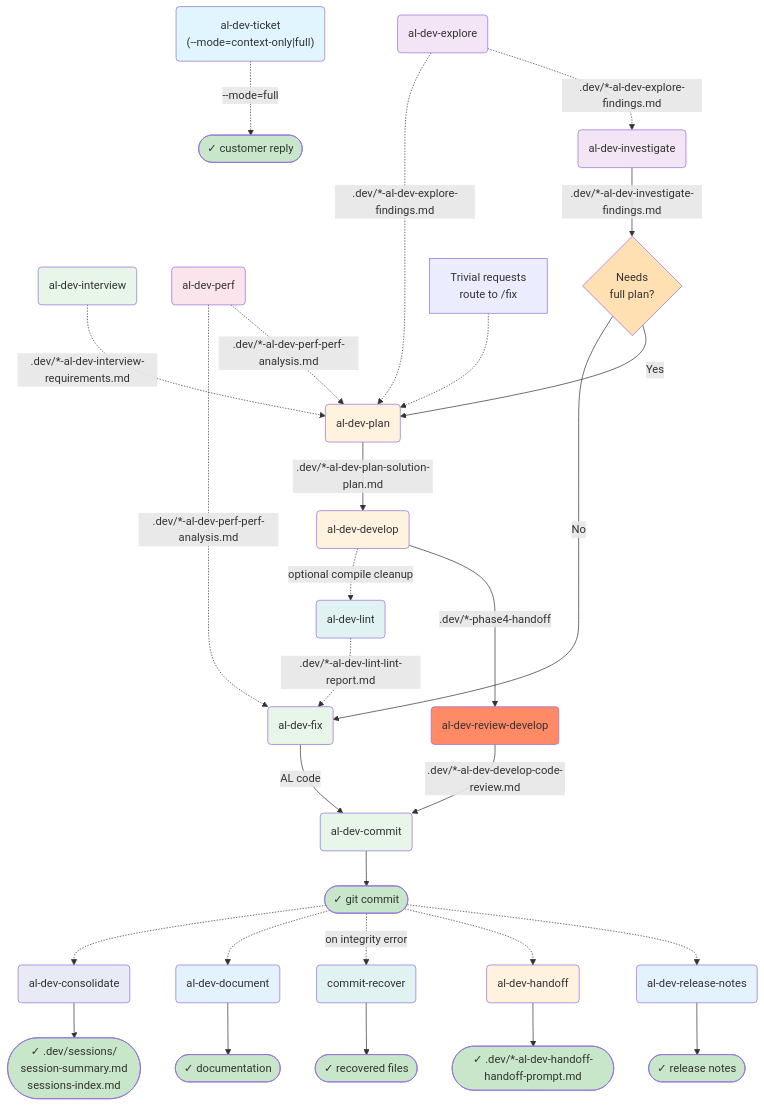
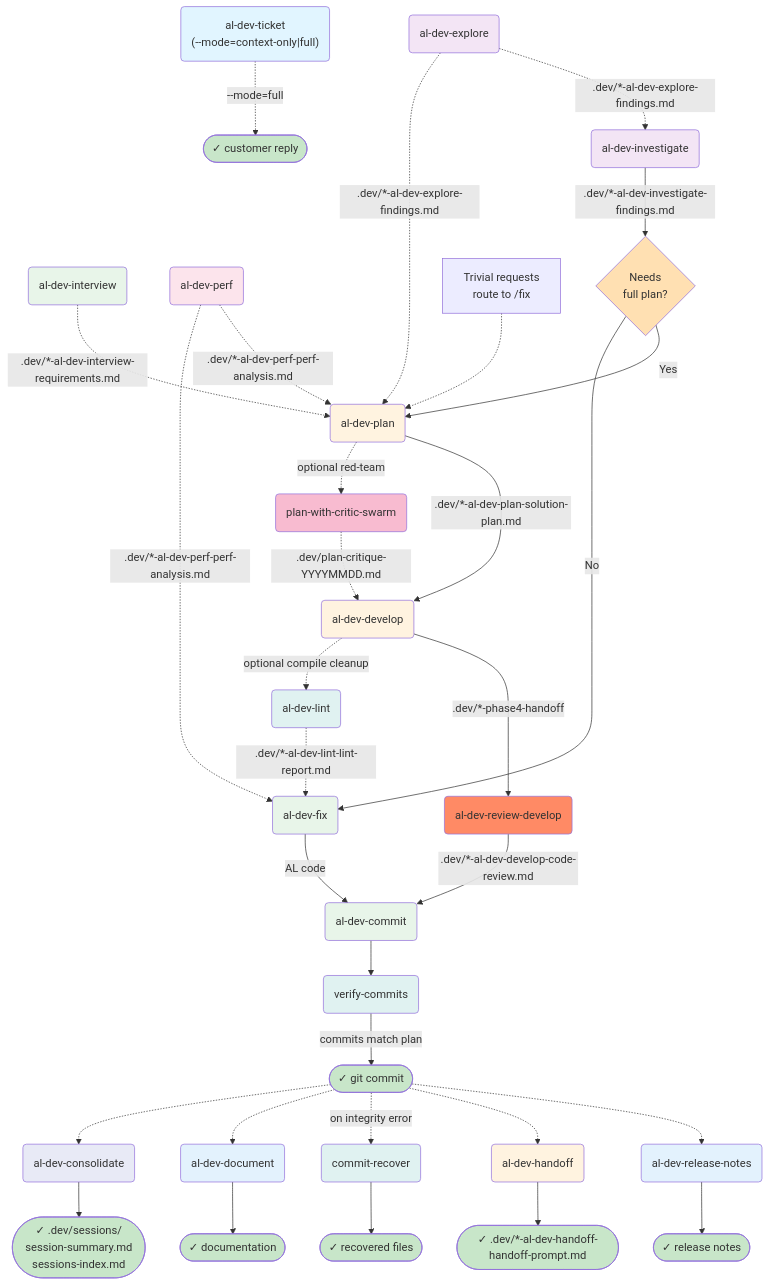
The first of 23 diagrams in docs/al-dev-skills-map.md (russell-laing/al-dev-shared), drawn with Mermaid before and after one commit. The commit also changed other lines of this file, not shown here.

Commit message:
docs: sync plugin map with current plugin state
Updated scope count: 23 active skill directories (from outdated count of 20).
Added Layer 1 integration for two previously undocumented skills:
- plan-with-critic-swarm: optional red-teaming tributary from plan
- verify-commits: post-commit verification step

Verified all 22 Layer 2 skill sections are accurate. No archived skills present.

Scope clarification:
- 16 primary distributed skills in main lifecycle
- 5 development-workflow tools (consolidate, help, plan-changes, verify, critic-swarm)
- 2 maintainer-only utilities (diagram-generator, plugin-health)

````diff
--- a/docs/al-dev-skills-map.md
+++ b/docs/al-dev-skills-map.md
@@ -14,70 +14,77 @@
 ```mermaid
 flowchart TD
     %% Pre-planning tributaries (optional)
     Explore("al-dev-explore") -.->|.dev/*-al-dev-explore-findings.md| Investigate
     Explore -.->|.dev/*-al-dev-explore-findings.md| Plan
     Interview("al-dev-interview") -.->|.dev/*-al-dev-interview-requirements.md| Plan
     Perf("al-dev-perf") -.->|.dev/*-al-dev-perf-perf-analysis.md| Plan
     Perf -.->|.dev/*-al-dev-perf-perf-analysis.md| FixDirect
 
     %% Entry points
     Ticket("al-dev-ticket<br/>(--mode=context-only|full)")
     Investigate("al-dev-investigate")
     FixDirect("al-dev-fix") -->|AL code| Commit("al-dev-commit")
 
     %% Investigation path branches
     Investigate -->|.dev/*-al-dev-investigate-findings.md| Decision1{Needs<br/>full plan?}
     Decision1 -->|Yes| Plan("al-dev-plan")
     Decision1 -->|No| FixDirect
 
     %% Main development spine
     Plan -->|.dev/*-al-dev-plan-solution-plan.md| Develop("al-dev-develop")
     Develop -->|.dev/*-phase4-handoff| ReviewDevelop("al-dev-review-develop")
     ReviewDevelop -->|.dev/*-al-dev-develop-code-review.md| Commit
 
+    %% Optional plan red-teaming
+    Plan -.->|optional red-team| CriticSwarm("plan-with-critic-swarm")
+    CriticSwarm -.->|.dev/plan-critique-YYYYMMDD.md| Develop
+
     %% Lint feedback loop
     Develop -.->|optional compile cleanup| Lint("al-dev-lint")
     Lint -.->|.dev/*-al-dev-lint-lint-report.md| FixDirect
 
     %% Complexity gate within plan
     Note["Trivial requests<br/>route to /fix"] -.-> Plan
 
     %% Outputs
-    Commit --> Git(["✓ git commit"])
+    Commit --> Verify("verify-commits")
+    Verify -->|commits match plan| Git(["✓ git commit"])
     Git -.-> ReleaseNotes("al-dev-release-notes")
     ReleaseNotes --> Notes(["✓ release notes"])
     Git -.-> Handoff("al-dev-handoff")
     Handoff --> HandoffOut(["✓ .dev/*-al-dev-handoff-handoff-prompt.md"])
     Git -.->|on integrity error| Recover("commit-recover")
     Recover --> RecoverOut(["✓ recovered files"])
     Git -.-> Document("al-dev-document")
     Document --> DocOut(["✓ documentation"])
     Git -.-> Consolidate("al-dev-consolidate")
     Consolidate --> ConsolidateOut(["✓ .dev/sessions/\nsession-summary.md\nsessions-index.md"])
     Ticket -.->|--mode=full| Reply(["✓ customer reply"])
 
     style Ticket fill:#e1f5ff
     style Investigate fill:#f3e5f5
     style Explore fill:#f3e5f5
     style Interview fill:#e8f5e9
     style Plan fill:#fff3e0
     style Develop fill:#fff3e0
     style ReviewDevelop fill:#ff8a65
     style FixDirect fill:#e8f5e9
     style Commit fill:#e8f5e9
     style Git fill:#c8e6c9
     style Notes fill:#c8e6c9
     style Reply fill:#c8e6c9
     style ReleaseNotes fill:#e3f2fd
     style Perf fill:#fce4ec
     style Lint fill:#e0f2f1
     style Handoff fill:#fff3e0
     style HandoffOut fill:#c8e6c9
     style Recover fill:#e0f2f1
     style RecoverOut fill:#c8e6c9
     style Document fill:#e3f2fd
     style DocOut fill:#c8e6c9
     style Consolidate fill:#e8eaf6
     style ConsolidateOut fill:#c8e6c9
     style Decision1 fill:#ffe0b2
+    style CriticSwarm fill:#f8bbd0
+    style Verify fill:#e0f2f1
 ```
````
